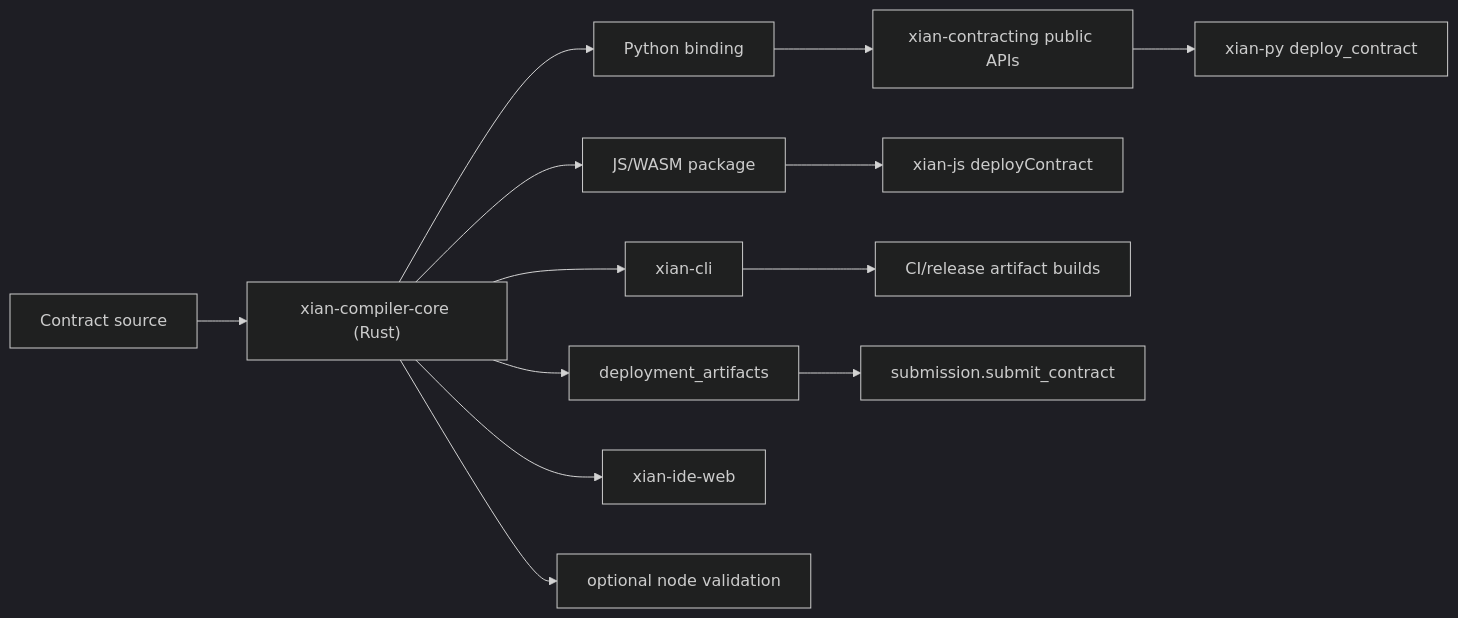
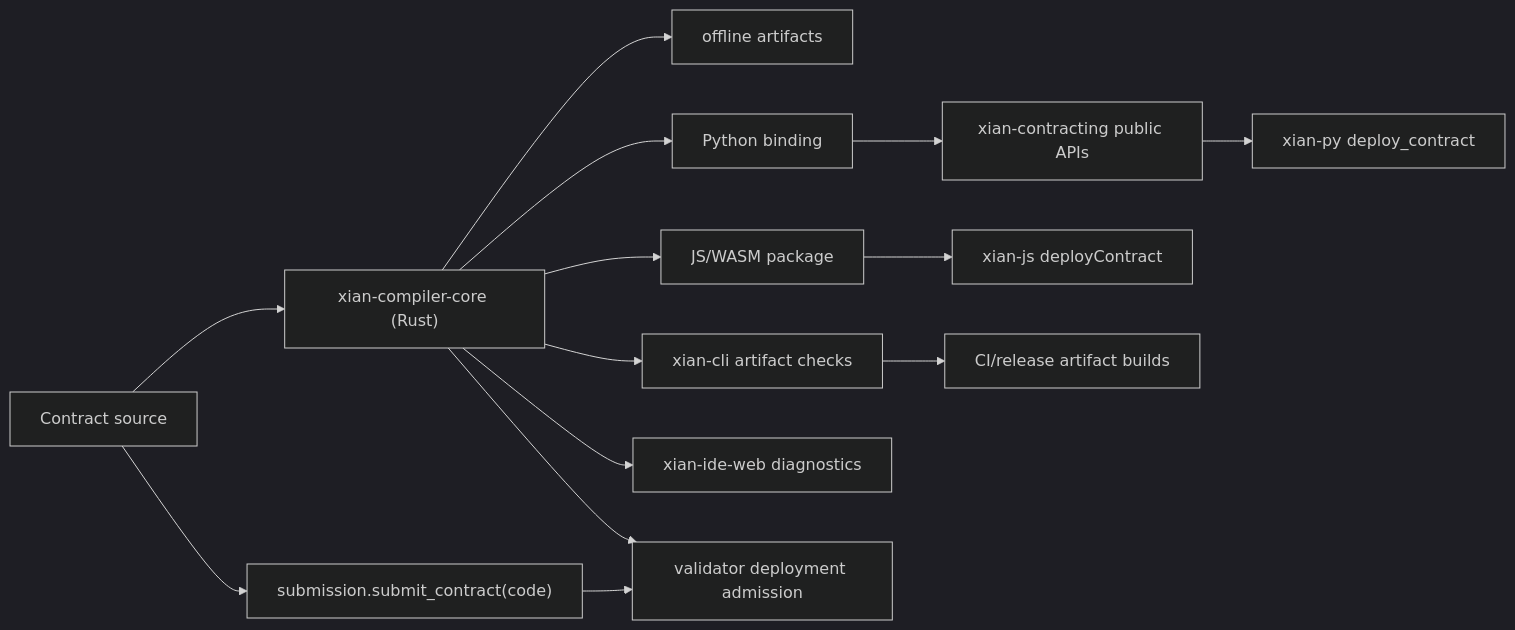
Before and after one commit to xian-technology/xian-contracting: the diagram in docs/RUST_COMPILER_CORE.md, drawn with Mermaid (dark theme). The commit also changed other lines of this file and 34 other files, not shown here.

````diff
--- a/docs/RUST_COMPILER_CORE.md
+++ b/docs/RUST_COMPILER_CORE.md
@@ -78,15 +75,16 @@
 ```mermaid
 flowchart LR
   Source["Contract source"] --> Core["xian-compiler-core (Rust)"]
-  Core --> Artifacts["deployment_artifacts"]
+  Core --> Artifacts["offline artifacts"]
   Core --> Py["Python binding"]
   Core --> Js["JS/WASM package"]
-  Core --> Cli["xian-cli"]
-  Core --> Ide["xian-ide-web"]
-  Core --> Node["optional node validation"]
+  Core --> Cli["xian-cli artifact checks"]
+  Core --> Ide["xian-ide-web diagnostics"]
+  Core --> Node["validator deployment admission"]
   Py --> Contracting["xian-contracting public APIs"]
   Contracting --> XianPy["xian-py deploy_contract"]
   Js --> XianJs["xian-js deployContract"]
   Cli --> CI["CI/release artifact builds"]
-  Artifacts --> Submit["submission.submit_contract"]
+  Source --> Submit["submission.submit_contract(code)"]
+  Submit --> Node
 ```
````
